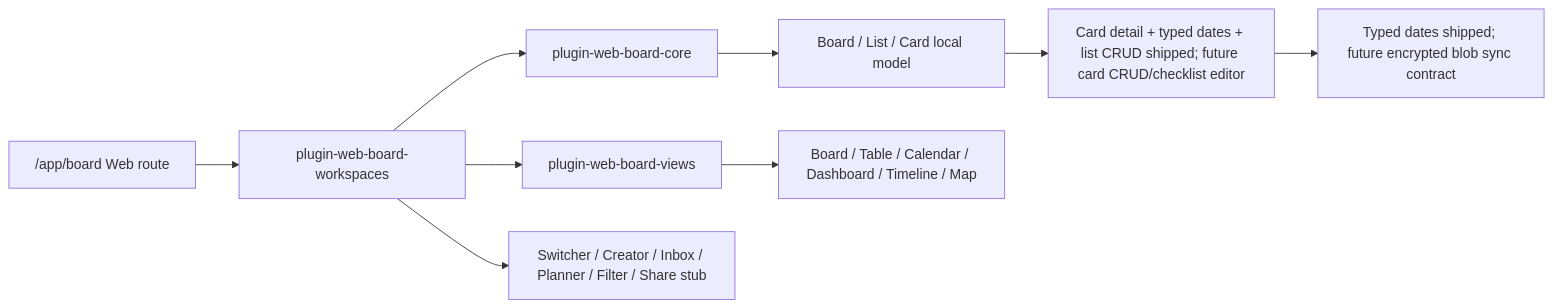
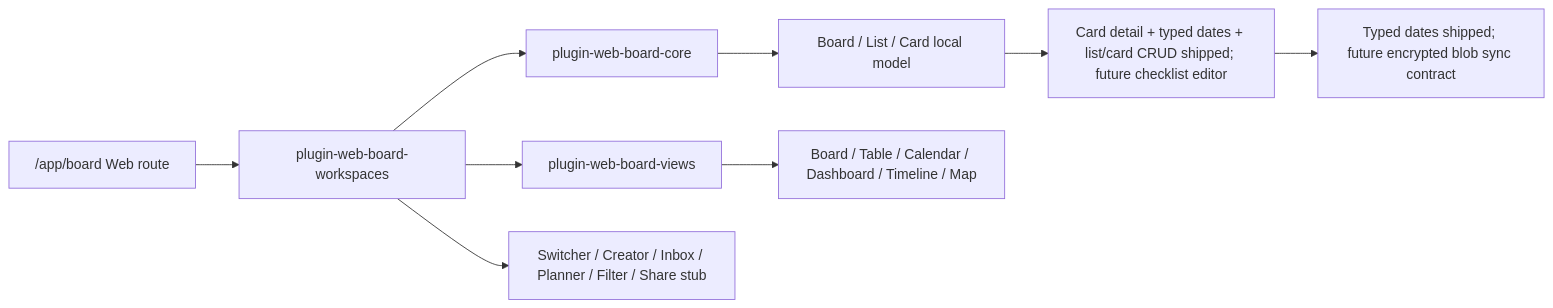
One commit to jinlong17/XAI_Desktop changed the diagram in docs/workflow/roadmap/xai-web-project-module.md. Above: the diagram before and after it, drawn with Mermaid. The commit also changed other lines of this file and 2 other files, not shown here.

First line of the commit message:
docs(web-board-card-crud): mark shipped

````diff
--- a/docs/workflow/roadmap/xai-web-project-module.md
+++ b/docs/workflow/roadmap/xai-web-project-module.md
@@ -50,11 +50,11 @@
 ```mermaid
 flowchart LR
   A["/app/board Web route"] --> B["plugin-web-board-workspaces"]
   B --> C["plugin-web-board-core"]
   B --> D["plugin-web-board-views"]
   C --> E["Board / List / Card local model"]
   D --> F["Board / Table / Calendar / Dashboard / Timeline / Map"]
   B --> G["Switcher / Creator / Inbox / Planner / Filter / Share stub"]
-  E --> H["Card detail + typed dates + list CRUD shipped; future card CRUD/checklist editor"]
+  E --> H["Card detail + typed dates + list/card CRUD shipped; future checklist editor"]
   H --> I["Typed dates shipped; future encrypted blob sync contract"]
 ```
````
